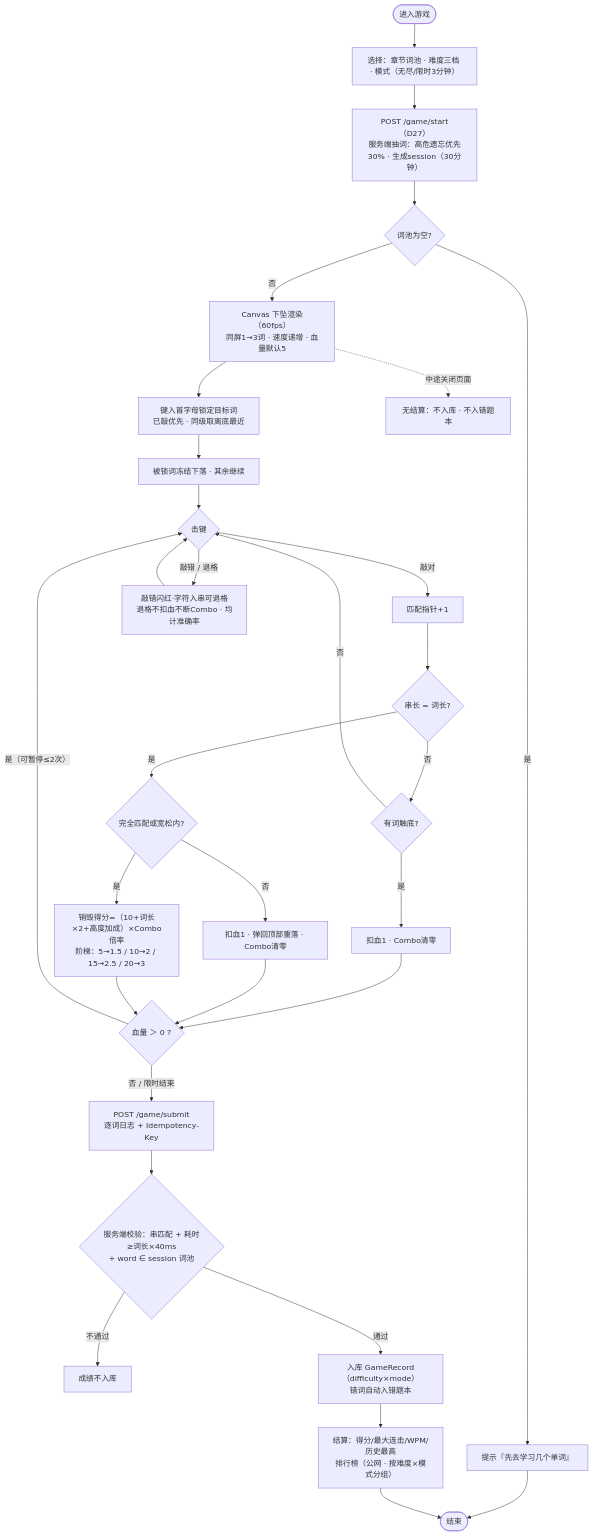
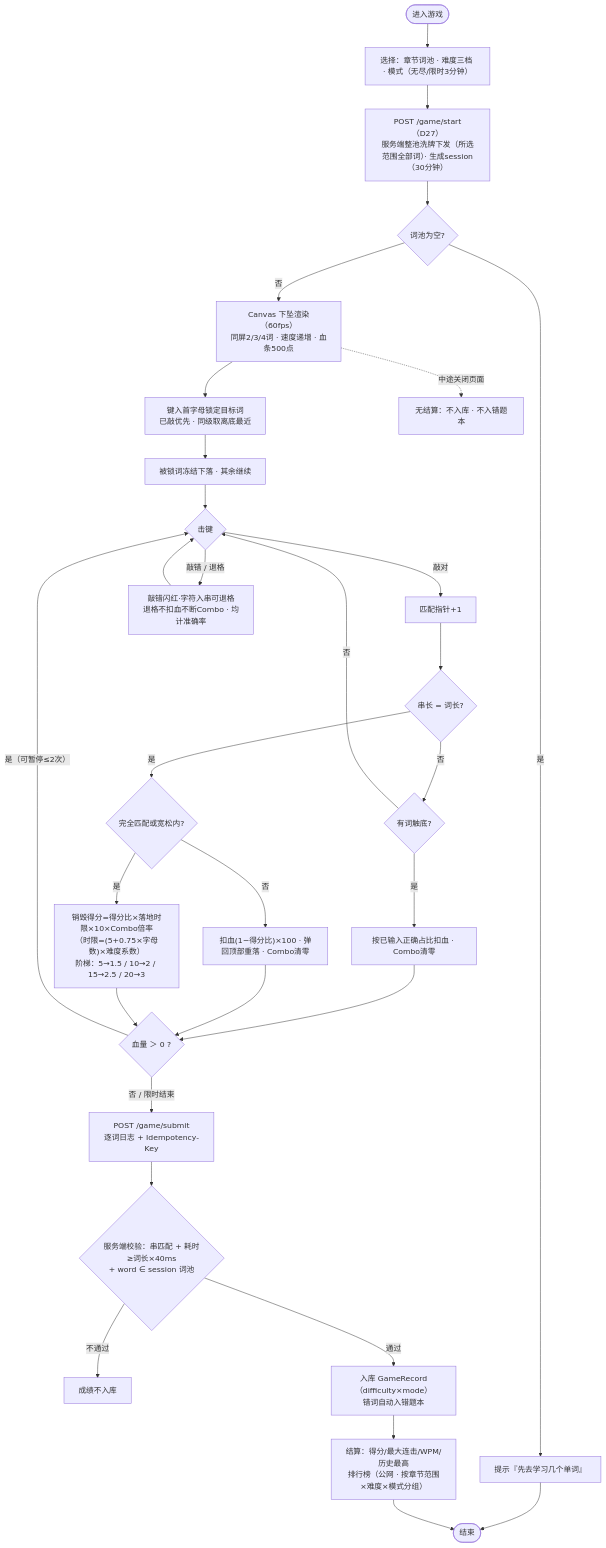
One commit to q0375/WordType changed the eighth of 10 diagrams in docs/业务流程图与功能架构图.md. Above: the diagram before and after it, drawn with Mermaid. The commit also changed other lines of this file and 105 other files, not shown here.

First line of the commit message:
feat: 2026-09~10 批次迭代（复习/WPM/游戏/考核/排行榜/前端加固）

````diff
--- a/docs/业务流程图与功能架构图.md
+++ b/docs/业务流程图与功能架构图.md
@@ -243,32 +243,32 @@
 ```mermaid
 flowchart TD
     A([进入游戏]) --> B["选择：章节词池 · 难度三档 · 模式（无尽/限时3分钟）"]
-    B --> C["POST /game/start（D27）<br/>服务端抽词：高危遗忘优先30% · 生成session（30分钟）"]
+    B --> C["POST /game/start（D27）<br/>服务端整池洗牌下发（所选范围全部词）· 生成session（30分钟）"]
     C --> D{"词池为空?"}
     D -->|"是"| D1["提示『先去学习几个单词』"] --> Z([结束])
-    D -->|"否"| E["Canvas 下坠渲染（60fps）<br/>同屏1→3词 · 速度递增 · 血量默认5"]
+    D -->|"否"| E["Canvas 下坠渲染（60fps）<br/>同屏2/3/4词 · 速度递增 · 血条500点"]
     E --> F["键入首字母锁定目标词<br/>已敲优先 · 同级取离底最近"]
     F --> G["被锁词冻结下落 · 其余继续"]
     G --> H{"击键"}
     H -->|"敲对"| I["匹配指针+1"]
     H -->|"敲错 / 退格"| J["敲错闪红·字符入串可退格<br/>退格不扣血不断Combo · 均计准确率"]
     I --> K{"串长 = 词长?"}
     J --> H
     K -->|"否"| L{"有词触底?"}
-    L -->|"是"| M["扣血1 · Combo清零"]
+    L -->|"是"| M["按已输入正确占比扣血 · Combo清零"]
     L -->|"否"| H
     M --> N{"血量 ＞ 0 ?"}
     K -->|"是"| O{"完全匹配或宽松内?"}
-    O -->|"是"| P["销毁得分=（10+词长×2+高度加成）×Combo倍率<br/>阶梯：5→1.5 / 10→2 / 15→2.5 / 20→3"]
-    O -->|"否"| Q["扣血1 · 弹回顶部重落 · Combo清零"]
+    O -->|"是"| P["销毁得分=得分比×落地时限×10×Combo倍率<br/>（时限=(5+0.75×字母数)×难度系数）<br/>阶梯：5→1.5 / 10→2 / 15→2.5 / 20→3"]
+    O -->|"否"| Q["扣血(1−得分比)×100 · 弹回顶部重落 · Combo清零"]
     Q --> N
     P --> N
     N -->|"是（可暂停≤2次）"| H
     N -->|"否 / 限时结束"| R["POST /game/submit<br/>逐词日志 + Idempotency-Key"]
     R --> S{"服务端校验：串匹配 + 耗时≥词长×40ms<br/>+ word ∈ session 词池"}
     S -->|"不通过"| T["成绩不入库"]
     S -->|"通过"| U["入库 GameRecord（difficulty×mode）<br/>错词自动入错题本"]
-    U --> V["结算：得分/最大连击/WPM/历史最高<br/>排行榜（公网 · 按难度×模式分组）"]
+    U --> V["结算：得分/最大连击/WPM/历史最高<br/>排行榜（公网 · 按章节范围×难度×模式分组）"]
     E -.->|"中途关闭页面"| W["无结算：不入库 · 不入错题本"]
     V --> Z
 ```
````
